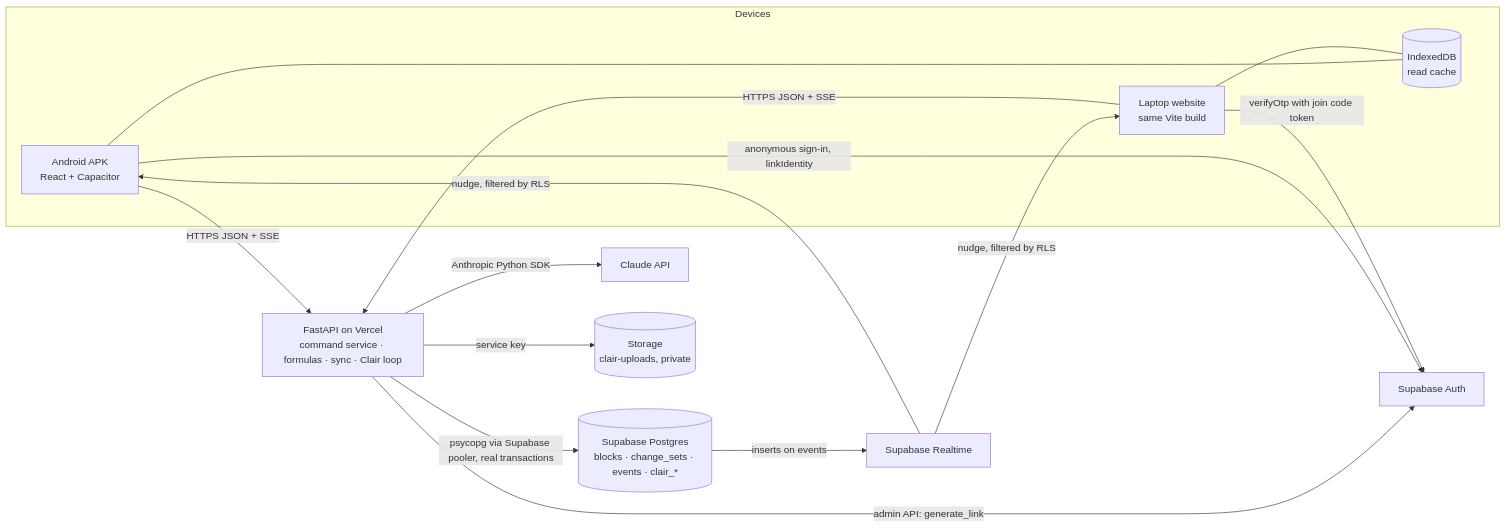
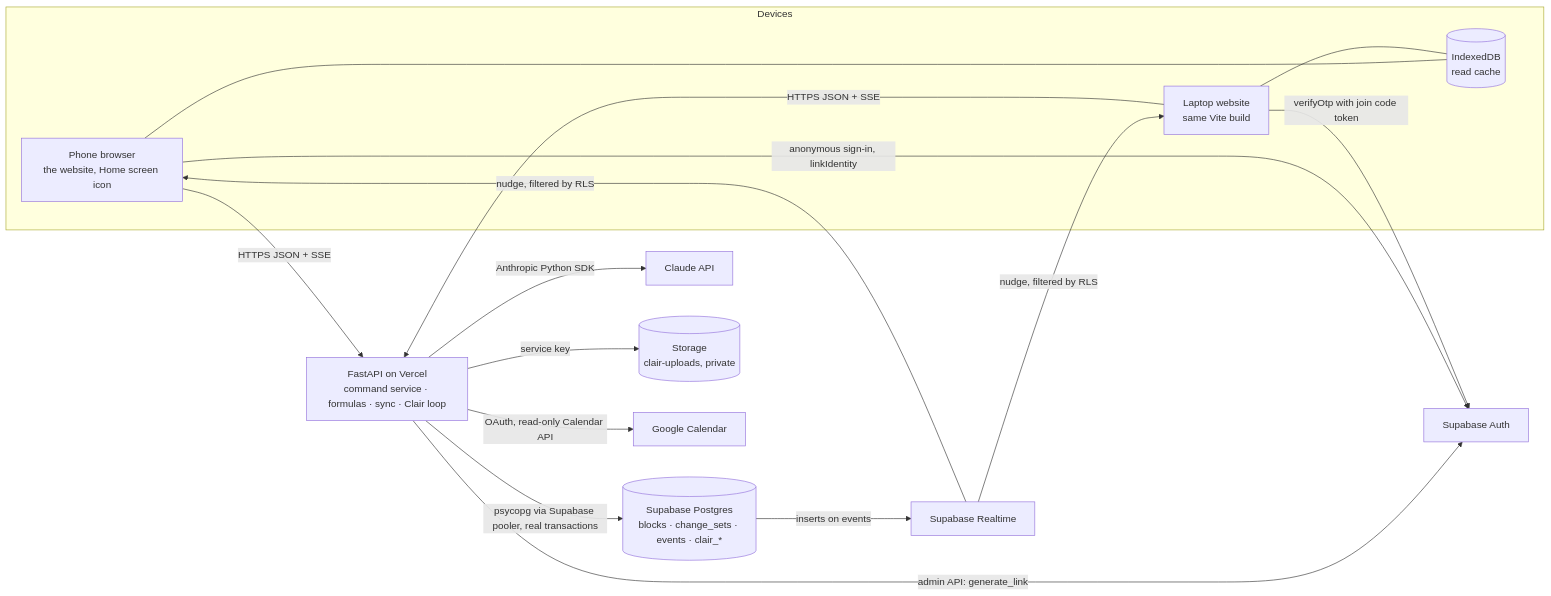
The diagram in spec/backend.md (Loadingname91/DevDayHackathon), drawn with Mermaid before and after one commit. The commit also changed other lines of this file and 70 other files, not shown here.

````diff
--- a/spec/backend.md
+++ b/spec/backend.md
@@ -15,22 +15,23 @@
 ```mermaid
 flowchart LR
   subgraph Devices
-    APK["Android APK<br/>React + Capacitor"]
+    APK["Phone browser<br/>the website, Home screen icon"]
     WEB["Laptop website<br/>same Vite build"]
     IDB[("IndexedDB<br/>read cache")]
   end
   APK -->|HTTPS JSON + SSE| API
   WEB -->|HTTPS JSON + SSE| API
   APK --- IDB
   WEB --- IDB
   API["FastAPI on Vercel<br/>command service · formulas · sync · Clair loop"]
   API -->|psycopg via Supabase pooler, real transactions| PG[("Supabase Postgres<br/>blocks · change_sets · events · clair_*")]
   API -->|Anthropic Python SDK| CLAUDE["Claude API"]
   API -->|service key| ST[("Storage<br/>clair-uploads, private")]
   API -->|admin API: generate_link| AUTH["Supabase Auth"]
+  API -->|OAuth, read-only Calendar API| GCAL["Google Calendar"]
   APK -->|anonymous sign-in, linkIdentity| AUTH
   WEB -->|verifyOtp with join code token| AUTH
   PG -->|inserts on events| RT["Supabase Realtime"]
   RT -->|nudge, filtered by RLS| APK
   RT -->|nudge, filtered by RLS| WEB
 ```
````
